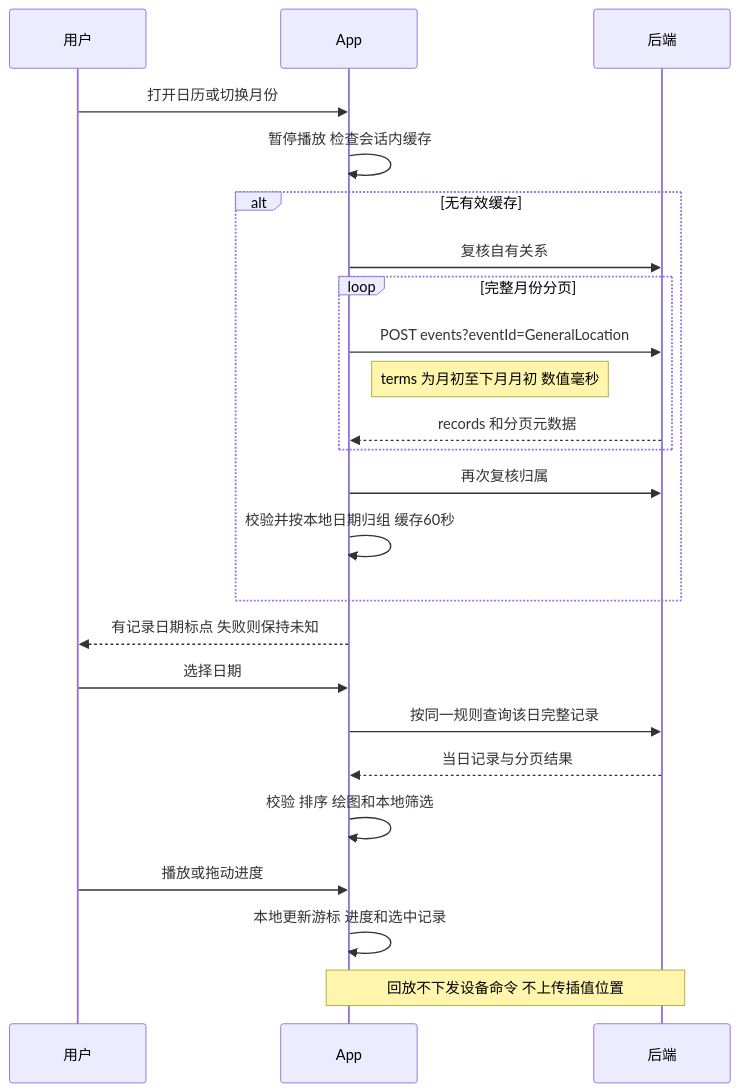
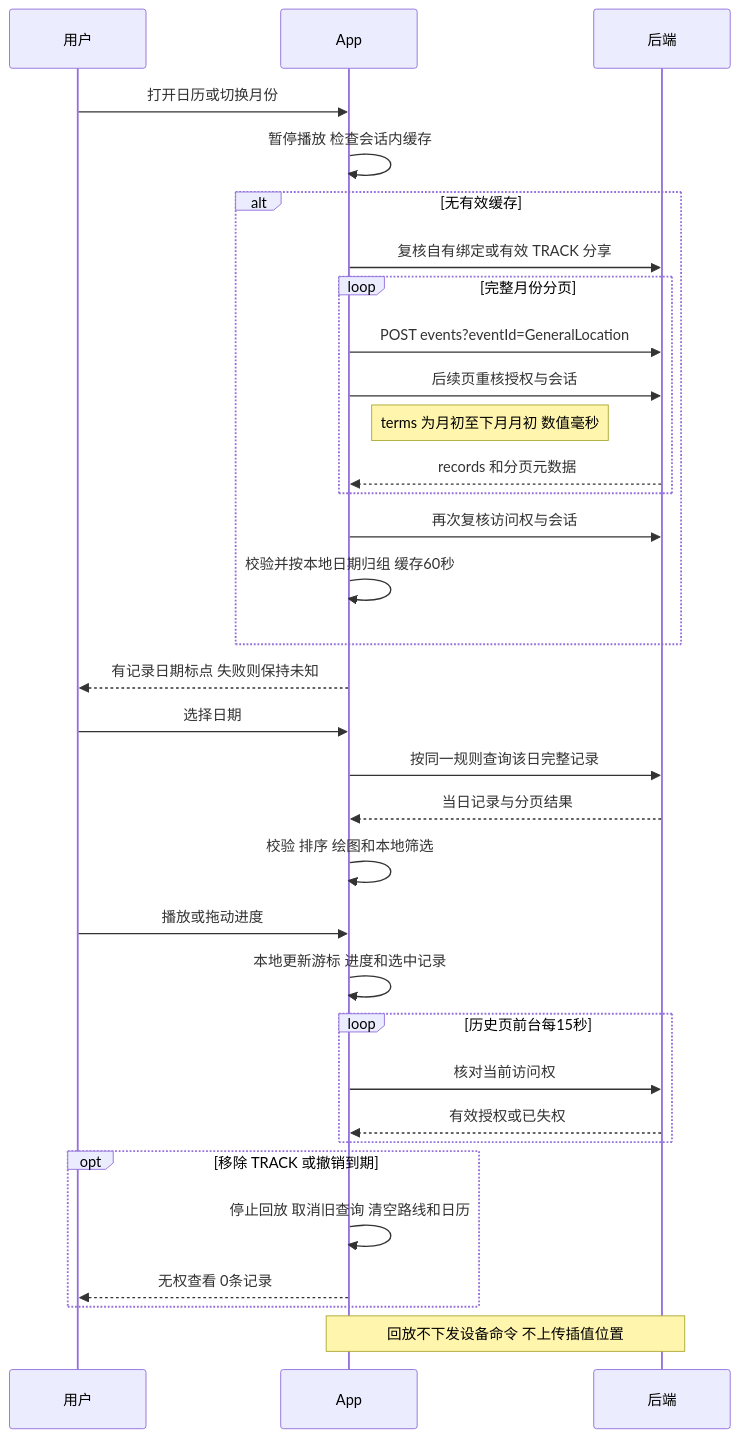
One commit to jarLiao/eview-connect-c-app-prototype changed the diagram in guides/history-track-sequence.mmd. Above: the diagram before and after it, drawn with Mermaid. The commit also changed 29 other files, not shown here.

```diff
--- a/guides/history-track-sequence.mmd
+++ b/guides/history-track-sequence.mmd
@@ -1,24 +1,33 @@
 sequenceDiagram
     participant U as 用户
     participant App as App
     participant API as 后端
     U->>App: 打开日历或切换月份
     App->>App: 暂停播放 检查会话内缓存
     alt 无有效缓存
-        App->>API: 复核自有关系
+        App->>API: 复核自有绑定或有效 TRACK 分享
         loop 完整月份分页
             App->>API: POST events?eventId=GeneralLocation
+            App->>API: 后续页重核授权与会话
             Note right of App: terms 为月初至下月月初 数值毫秒
             API-->>App: records 和分页元数据
         end
-        App->>API: 再次复核归属
+        App->>API: 再次复核访问权与会话
         App->>App: 校验并按本地日期归组 缓存60秒
     end
     App-->>U: 有记录日期标点 失败则保持未知
     U->>App: 选择日期
     App->>API: 按同一规则查询该日完整记录
     API-->>App: 当日记录与分页结果
     App->>App: 校验 排序 绘图和本地筛选
     U->>App: 播放或拖动进度
     App->>App: 本地更新游标 进度和选中记录
+    loop 历史页前台每15秒
+        App->>API: 核对当前访问权
+        API-->>App: 有效授权或已失权
+    end
+    opt 移除 TRACK 或撤销到期
+        App->>App: 停止回放 取消旧查询 清空路线和日历
+        App-->>U: 无权查看 0条记录
+    end
     Note over App,API: 回放不下发设备命令 不上传插值位置
```
